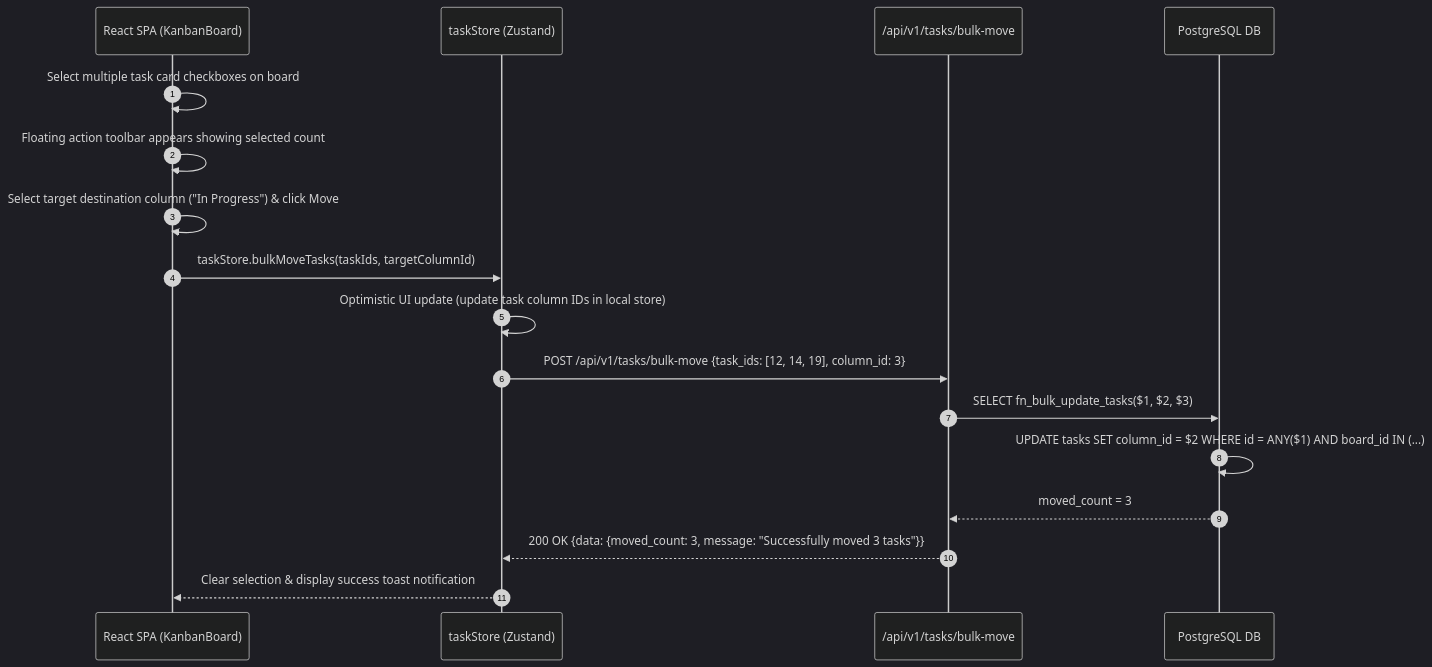
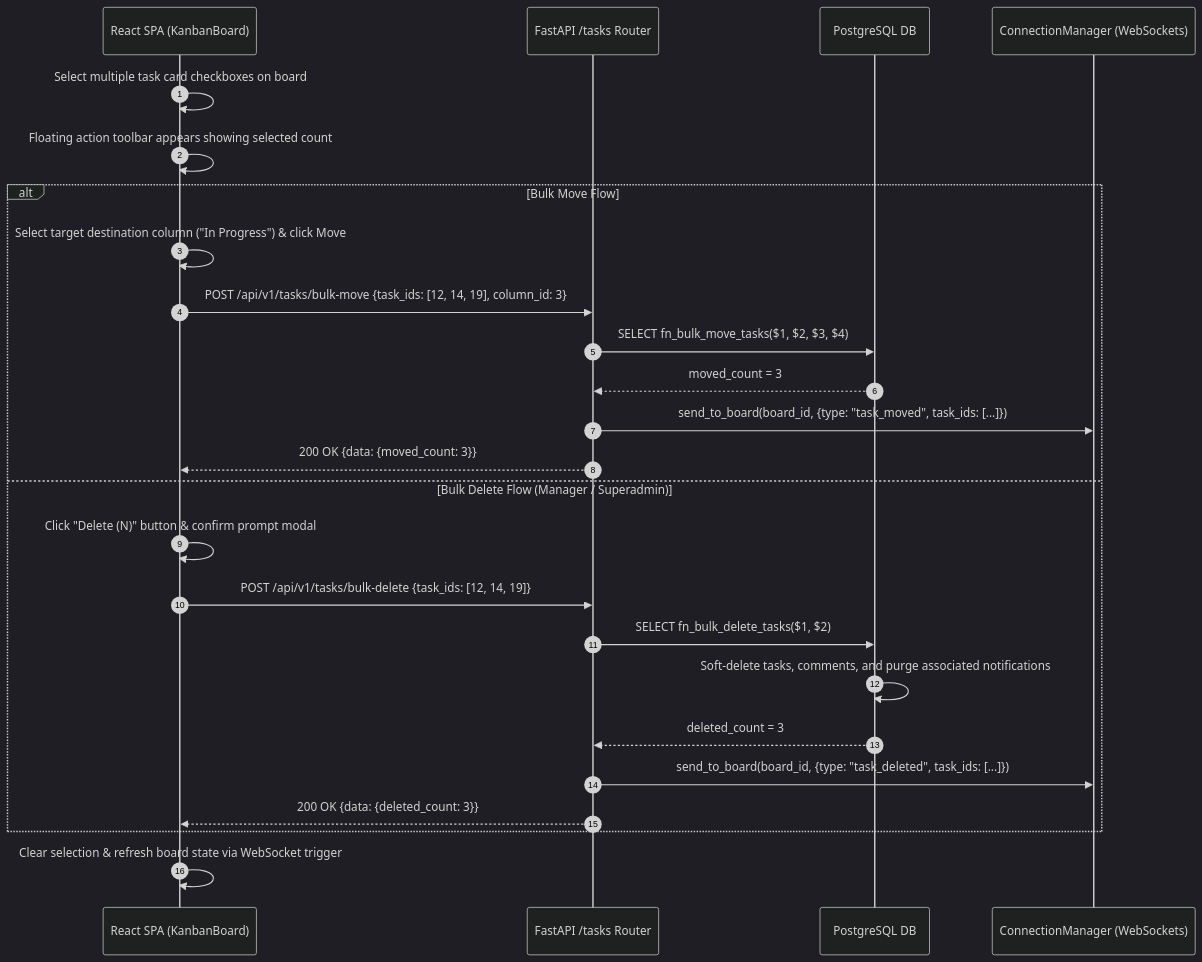
One commit to CoderArindam/kaio changed diagram 14 of 16 in docs/10_CODE_EXECUTION_FLOW.md. Above: the diagram before and after it, drawn with Mermaid (dark theme). The commit also changed other lines of this file and 19 other files, not shown here.

Commit message:
feat: implement bulk task operations in Kanban board and add project architecture documentation, also some bug fixes and stabilization

````diff
--- a/docs/10_CODE_EXECUTION_FLOW.md
+++ b/docs/10_CODE_EXECUTION_FLOW.md
@@ -379,20 +379,28 @@
 ```mermaid
 sequenceDiagram
     autonumber
     participant User as React SPA (KanbanBoard)
-    participant Store as taskStore (Zustand)
-    participant API as /api/v1/tasks/bulk-move
+    participant API as FastAPI /tasks Router
     participant DB as PostgreSQL DB
+    participant WS as ConnectionManager (WebSockets)
 
     User->>User: Select multiple task card checkboxes on board
     User->>User: Floating action toolbar appears showing selected count
-    User->>User: Select target destination column ("In Progress") & click Move
-    User->>Store: taskStore.bulkMoveTasks(taskIds, targetColumnId)
-    Store->>Store: Optimistic UI update (update task column IDs in local store)
-    Store->>API: POST /api/v1/tasks/bulk-move {task_ids: [12, 14, 19], column_id: 3}
-    API->>DB: SELECT fn_bulk_update_tasks($1, $2, $3)
-    DB->>DB: UPDATE tasks SET column_id = $2 WHERE id = ANY($1) AND board_id IN (...)
-    DB-->>API: moved_count = 3
-    API-->>Store: 200 OK {data: {moved_count: 3, message: "Successfully moved 3 tasks"}}
-    Store-->>User: Clear selection & display success toast notification
+    alt Bulk Move Flow
+        User->>User: Select target destination column ("In Progress") & click Move
+        User->>API: POST /api/v1/tasks/bulk-move {task_ids: [12, 14, 19], column_id: 3}
+        API->>DB: SELECT fn_bulk_move_tasks($1, $2, $3, $4)
+        DB-->>API: moved_count = 3
+        API->>WS: send_to_board(board_id, {type: "task_moved", task_ids: [...]})
+        API-->>User: 200 OK {data: {moved_count: 3}}
+    else Bulk Delete Flow (Manager / Superadmin)
+        User->>User: Click "Delete (N)" button & confirm prompt modal
+        User->>API: POST /api/v1/tasks/bulk-delete {task_ids: [12, 14, 19]}
+        API->>DB: SELECT fn_bulk_delete_tasks($1, $2)
+        DB->>DB: Soft-delete tasks, comments, and purge associated notifications
+        DB-->>API: deleted_count = 3
+        API->>WS: send_to_board(board_id, {type: "task_deleted", task_ids: [...]})
+        API-->>User: 200 OK {data: {deleted_count: 3}}
+    end
+    User->>User: Clear selection & refresh board state via WebSocket trigger
 ```
````
